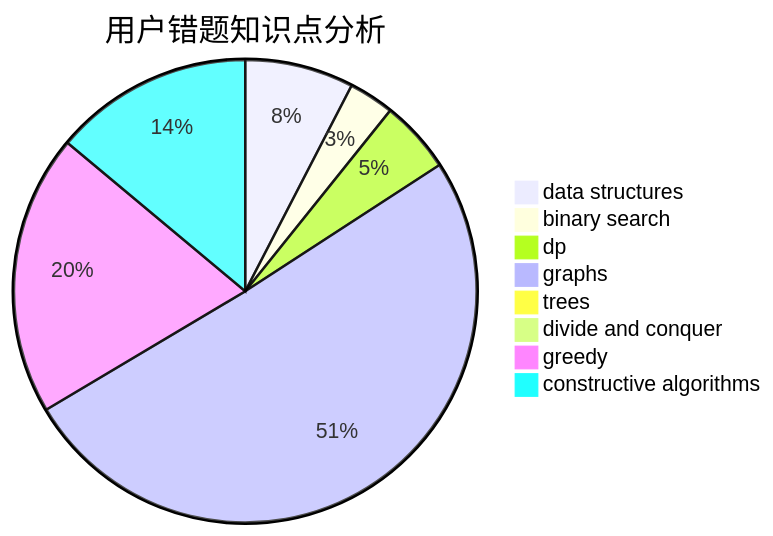
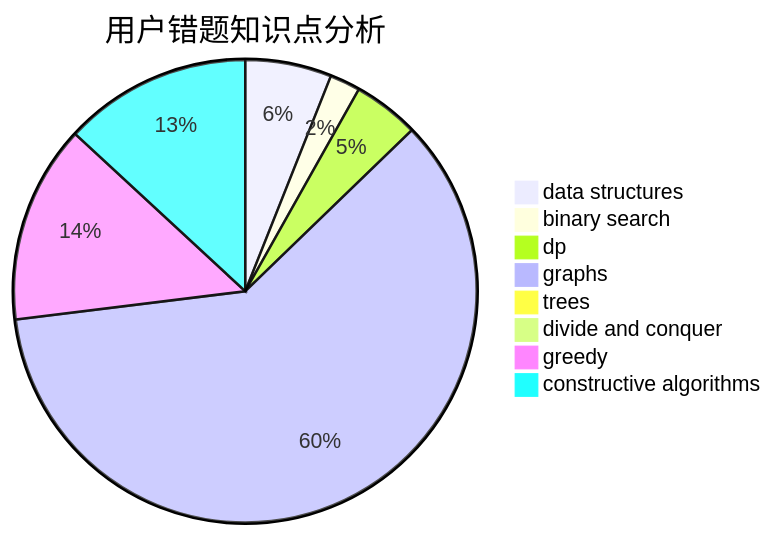
One commit to sherpahu/cfrs.github.io changed the third of 3 diagrams in docs/user/u2697.md. Above: the diagram before and after it, drawn with Mermaid. The commit also changed other lines of this file and 2770 other files, not shown here.

````diff
--- a/docs/user/u2697.md
+++ b/docs/user/u2697.md
@@ -36,11 +36,11 @@
 ```mermaid
 pie title 用户错题知识点分析
-    "data structures" :  12
-    "binary search" :  5
-    "dp" :  8
-    "graphs" :  80
+    "data structures" :  17
+    "binary search" :  6
+    "dp" :  13
+    "graphs" :  170
     "trees" :  0
     "divide and conquer" :  0
-    "greedy" :  31
-    "constructive algorithms" :  22
+    "greedy" :  39
+    "constructive algorithms" :  37
 ```
````
